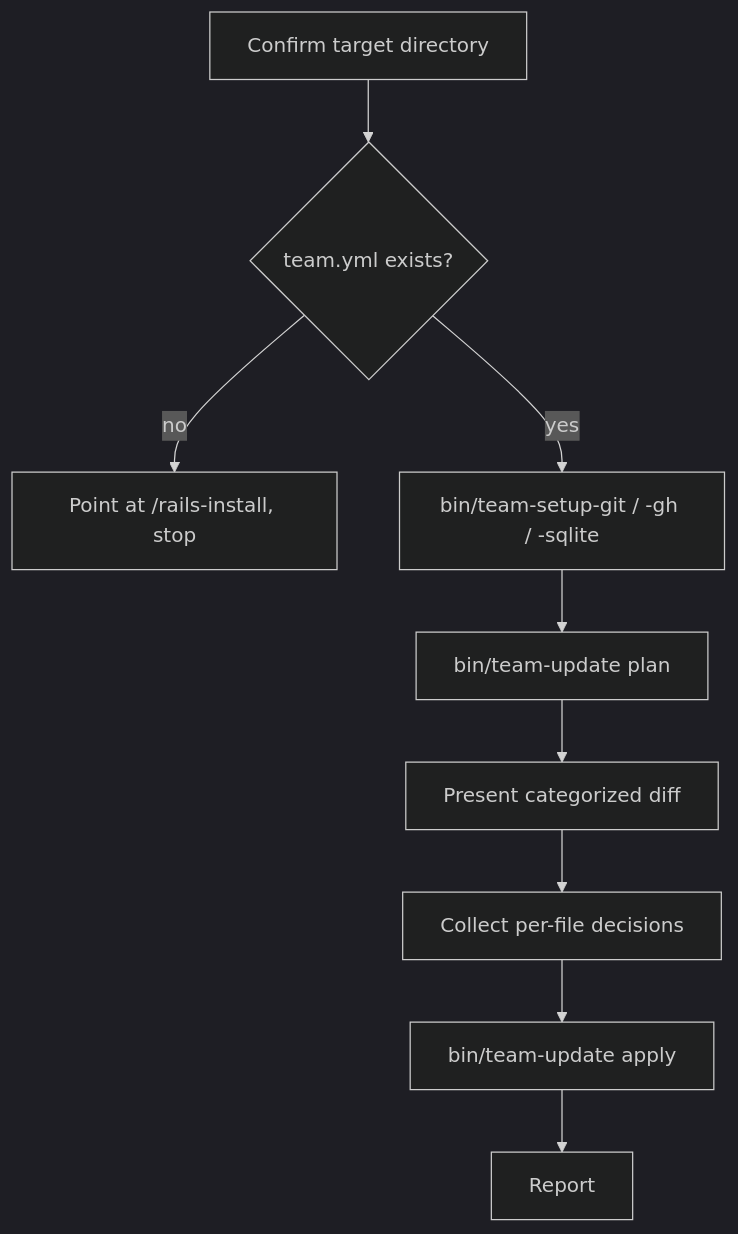
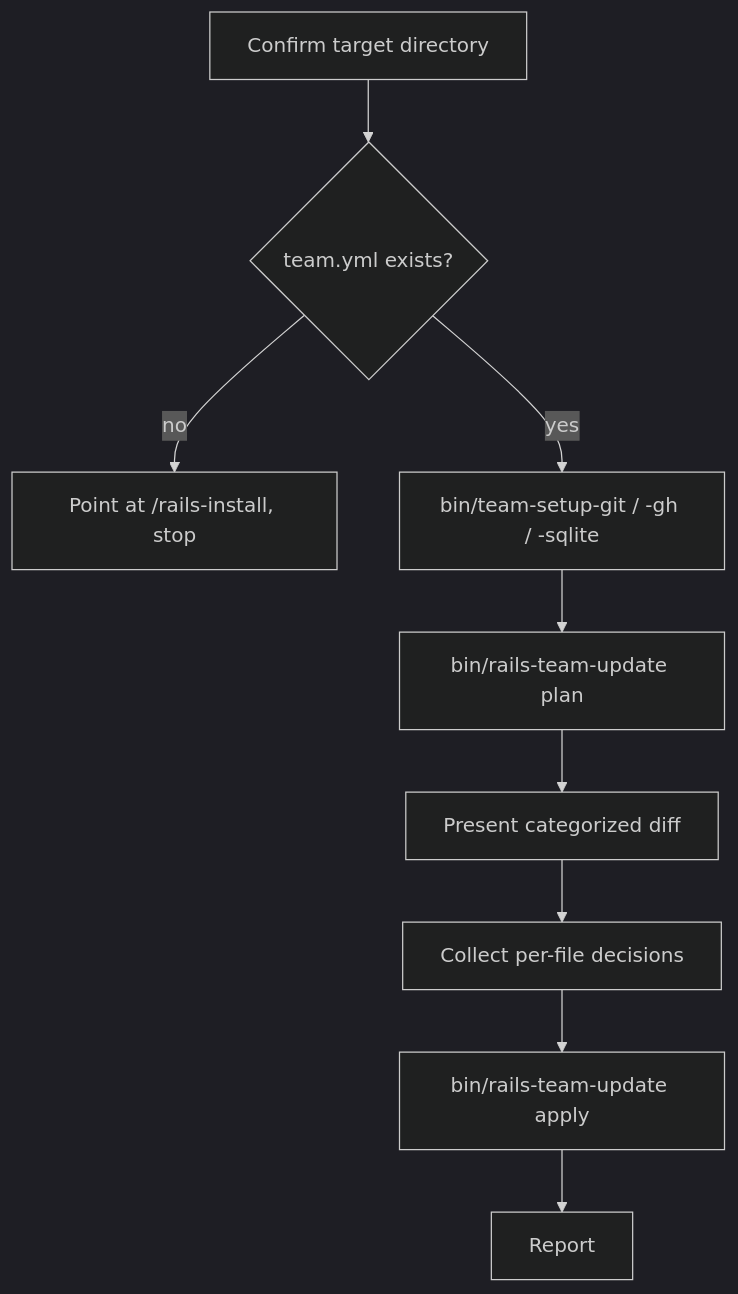
The second of 2 diagrams in docs/updates.md (revans/rails-agentic-engineering-team), drawn with Mermaid (dark theme) before and after one commit. The commit also changed other lines of this file and 14 other files, not shown here.

First line of the commit message:
Prefix bin/team-setup-project and bin/team-update with rails-

````diff
--- a/docs/updates.md
+++ b/docs/updates.md
@@ -56,11 +56,11 @@
 ```mermaid
 flowchart TD
     A[Confirm target directory] --> B{team.yml exists?}
     B -->|no| Z[Point at /rails-install, stop]
     B -->|yes| C["bin/team-setup-git / -gh / -sqlite"]
-    C --> D["bin/team-update plan"]
+    C --> D["bin/rails-team-update plan"]
     D --> E[Present categorized diff]
     E --> F[Collect per-file decisions]
-    F --> G["bin/team-update apply"]
+    F --> G["bin/rails-team-update apply"]
     G --> H[Report]
 ```
````
